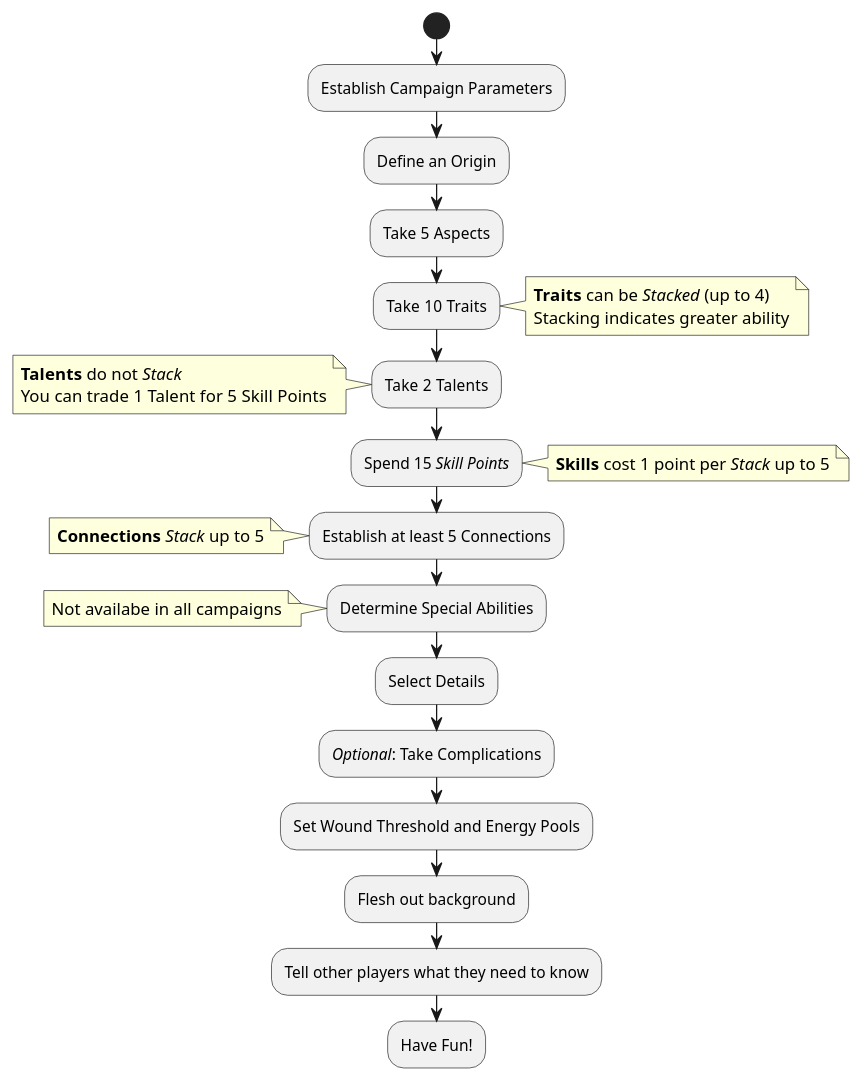
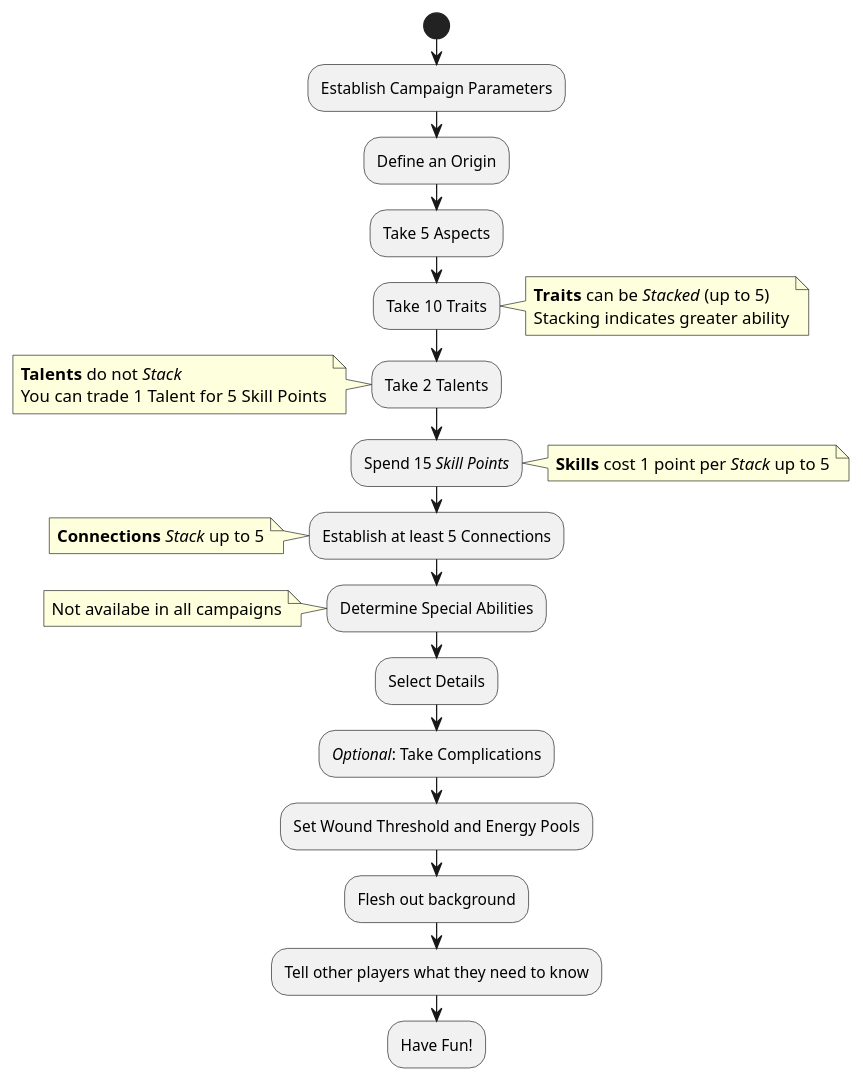
The diagram in CCSummary.md (s-20/unnamed), drawn with PlantUML before and after one commit.

Commit message:
Update CCSummary.md
Dumb, dumb, stupid thing I missed by proofreading poorly.

````diff
--- a/CCSummary.md
+++ b/CCSummary.md
@@ -15,35 +15,35 @@
 ```plantuml
 @startuml
 start
 :Establish Campaign Parameters;
 :Define an Origin;
 :Take 5 Aspects;
 :Take 10 Traits;
 note right
-<b>Traits</b> can be //Stacked// (up to 4)
+<b>Traits</b> can be //Stacked// (up to 5)
 Stacking indicates greater ability
 end note
 :Take 2 Talents;
 note left
 <b>Talents</b> do not //Stack//
 You can trade 1 Talent for 5 Skill Points
 end note
 :Spend 15 //Skill Points//;
 note right
 <b>Skills</b> cost 1 point per //Stack// up to 5
 end note
 :Establish at least 5 Connections;
 note left
 <b>Connections</b> //Stack// up to 5
 end note
 :Determine Special Abilities;
 note: Not availabe in all campaigns
 :Select Details;
 ://Optional//: Take Complications;
 :Set Wound Threshold and Energy Pools;
 :Flesh out background;
 :Tell other players what they need to know;
 :Have Fun!;
 @enduml
 stop
 ```
````
